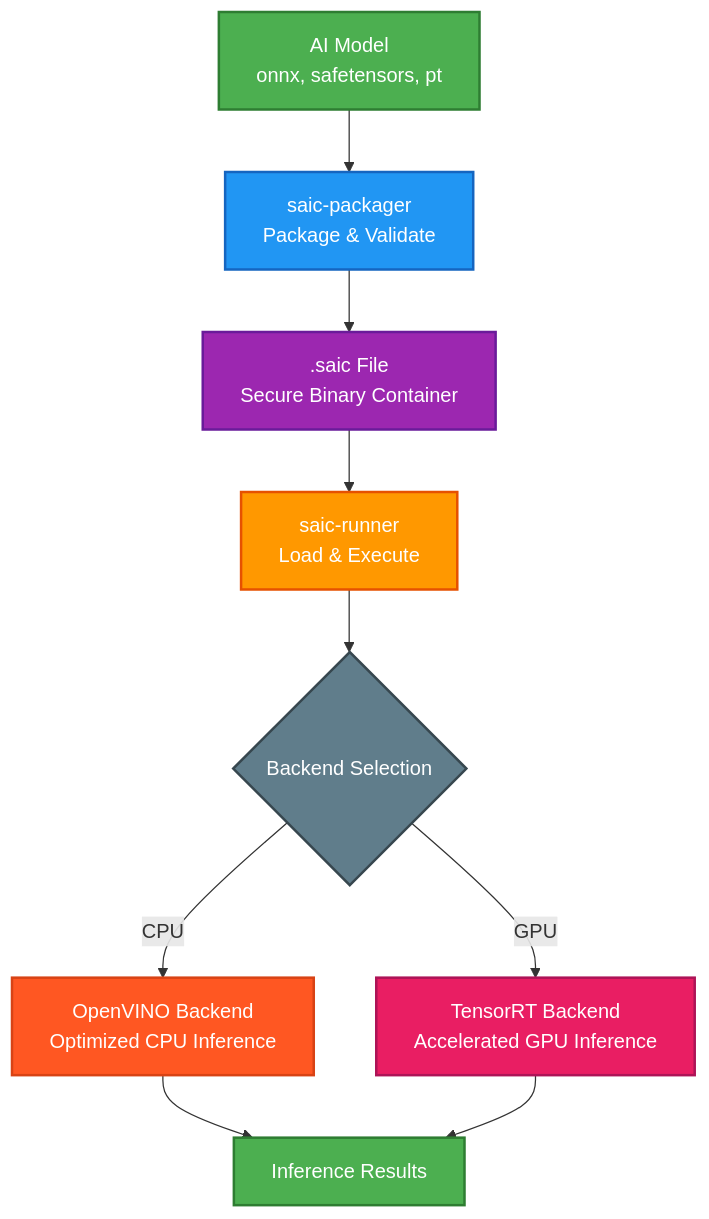
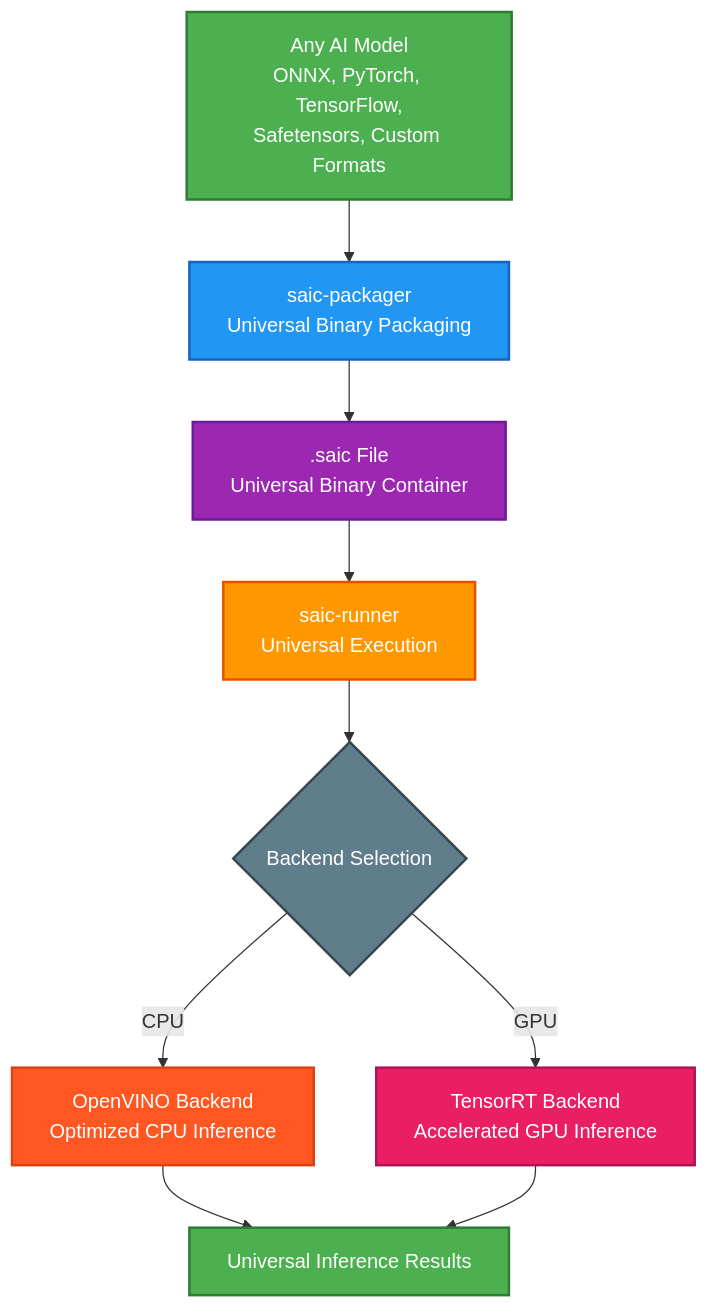
The first of 2 diagrams in README.md (Shark1n4Suit/Cnox), drawn with Mermaid before and after one commit. The commit also changed other lines of this file and 13 other files, not shown here.

````diff
--- a/README.md
+++ b/README.md
@@ -54,20 +55,20 @@
 ```mermaid
 graph TD
-    A[AI Model<br/>onnx, safetensors, pt] --> B[saic-packager<br/>Package & Validate]
-    B --> C[.saic File<br/>Secure Binary Container]
-    C --> D[saic-runner<br/>Load & Execute]
+    A[Any AI Model<br/>ONNX, PyTorch, TensorFlow,<br/>Safetensors, Custom Formats] --> B[saic-packager<br/>Universal Binary Packaging]
+    B --> C[.saic File<br/>Universal Binary Container]
+    C --> D[saic-runner<br/>Universal Execution]
     D --> E{Backend Selection}
     E -->|CPU| F[OpenVINO Backend<br/>Optimized CPU Inference]
     E -->|GPU| G[TensorRT Backend<br/>Accelerated GPU Inference]
-    F --> H[Inference Results]
+    F --> H[Universal Inference Results]
     G --> H
     
     style A fill:#4CAF50,stroke:#2E7D32,stroke-width:2px,color:#fff
     style B fill:#2196F3,stroke:#1565C0,stroke-width:2px,color:#fff
     style C fill:#9C27B0,stroke:#6A1B9A,stroke-width:2px,color:#fff
     style D fill:#FF9800,stroke:#E65100,stroke-width:2px,color:#fff
     style E fill:#607D8B,stroke:#37474F,stroke-width:2px,color:#fff
     style F fill:#FF5722,stroke:#D84315,stroke-width:2px,color:#fff
     style G fill:#E91E63,stroke:#AD1457,stroke-width:2px,color:#fff
     style H fill:#4CAF50,stroke:#2E7D32,stroke-width:2px,color:#fff
 ```
````
